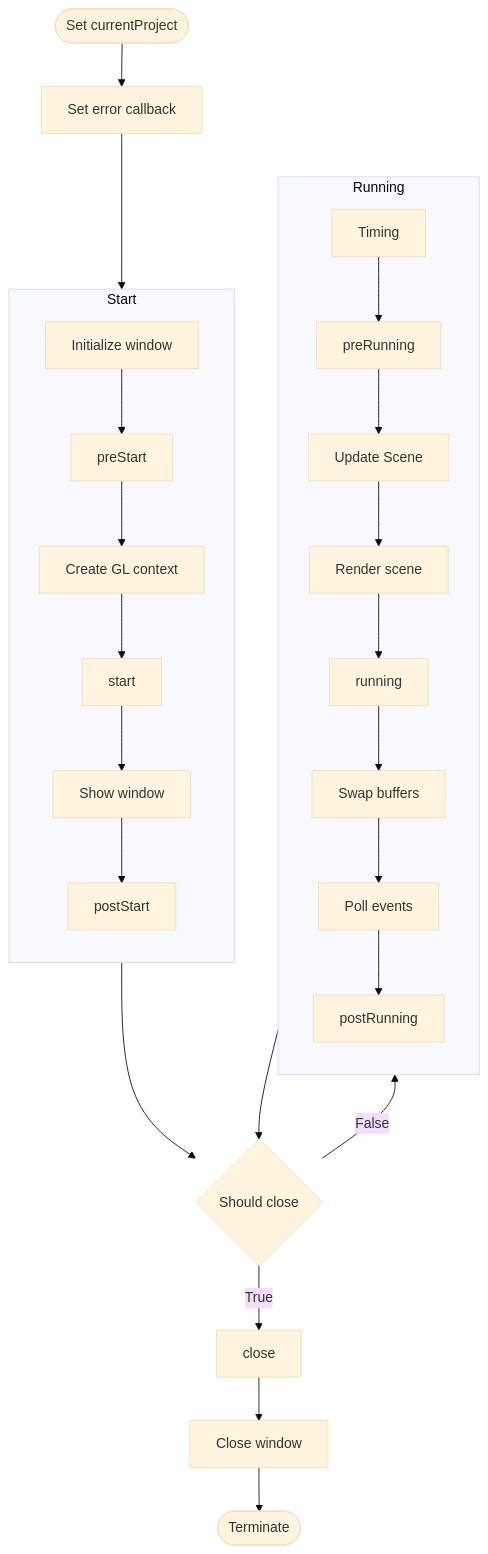
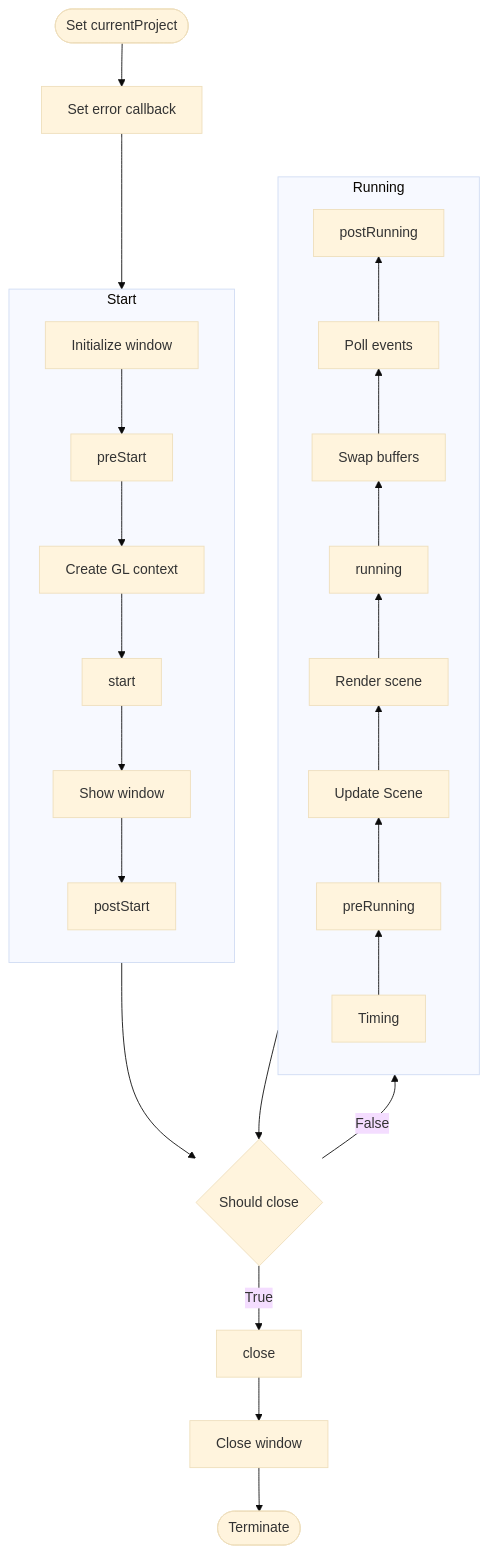
Before and after one commit to Over-Run/ktgl: the first of 2 diagrams in structure.md, drawn with Mermaid (base theme). The commit also changed 18 other files, not shown here.

````diff
--- a/structure.md
+++ b/structure.md
@@ -5,16 +5,16 @@
 ```mermaid
 flowchart TB
 subgraph Start
     direction TB
     init[Initialize window] --> preStart --> initCtx[Create GL context] --> start -->
     show[Show window] --> postStart
 end
 subgraph Running
-    direction TB
+    direction BT
     Timing --> preRunning --> update[Update Scene] --> render[Render scene] -->
     running --> swap[Swap buffers] --> poll[Poll events] --> postRunning
 end
 currProj([Set currentProject]) --> errorCb[Set error callback] --> Start -->
 shouldClose{Should close} -->|False| Running --> shouldClose
 shouldClose -->|True| close --> closeWindow[Close window] --> terminate([Terminate])
 ```
````
